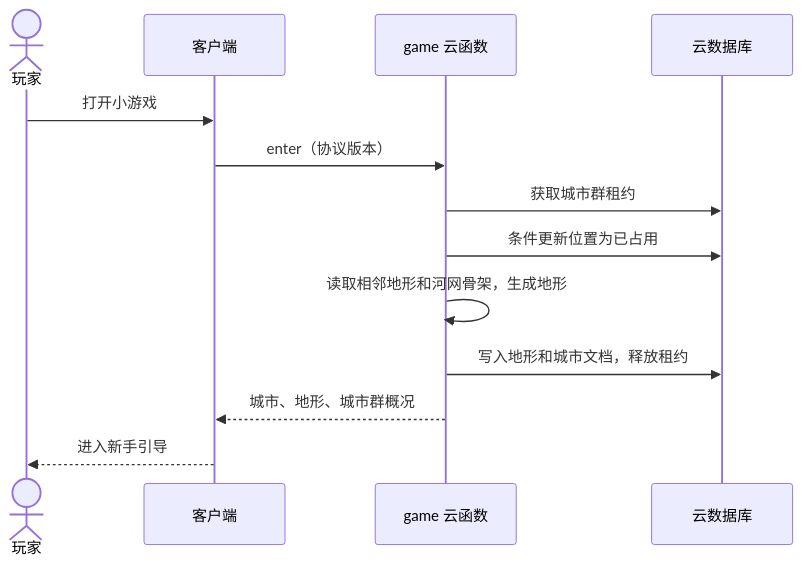
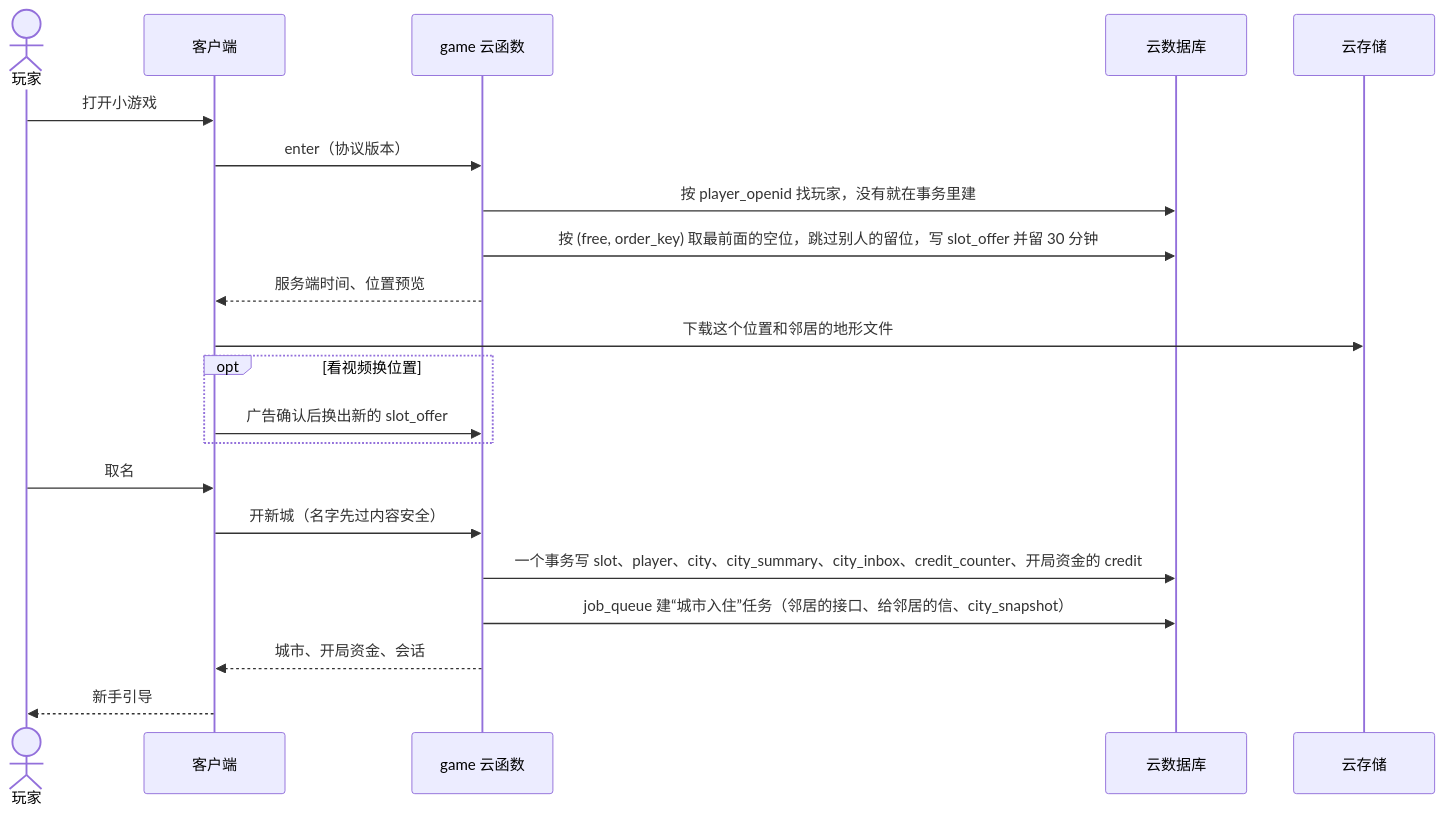
The fourth of 9 diagrams in docs/architecture/overview.md (juanchaopan/city-link), drawn with Mermaid before and after one commit. The commit also changed other lines of this file and 6 other files, not shown here.

Commit message:
docs(architecture): 架构概览和 ADR 按设计稿同步 (#21)

````diff
--- a/docs/architecture/overview.md
+++ b/docs/architecture/overview.md
@@ -96,15 +131,23 @@
 ```mermaid
 sequenceDiagram
   actor P as 玩家
   participant C as 客户端
   participant G as game 云函数
   participant D as 云数据库
+  participant S as 云存储
   P->>C: 打开小游戏
   C->>G: enter（协议版本）
-  G->>D: 获取城市群租约
-  G->>D: 条件更新位置为已占用
-  G->>G: 读取相邻地形和河网骨架，生成地形
-  G->>D: 写入地形和城市文档，释放租约
-  G-->>C: 城市、地形、城市群概况
-  C-->>P: 进入新手引导
+  G->>D: 按 player_openid 找玩家，没有就在事务里建
+  G->>D: 按 (free, order_key) 取最前面的空位，跳过别人的留位，写 slot_offer 并留 30 分钟
+  G-->>C: 服务端时间、位置预览
+  C->>S: 下载这个位置和邻居的地形文件
+  opt 看视频换位置
+    C->>G: 广告确认后换出新的 slot_offer
+  end
+  P->>C: 取名
+  C->>G: 开新城（名字先过内容安全）
+  G->>D: 一个事务写 slot、player、city、city_summary、city_inbox、credit_counter、开局资金的 credit
+  G->>D: job_queue 建“城市入住”任务（邻居的接口、给邻居的信、city_snapshot）
+  G-->>C: 城市、开局资金、会话
+  C-->>P: 新手引导
 ```
````
